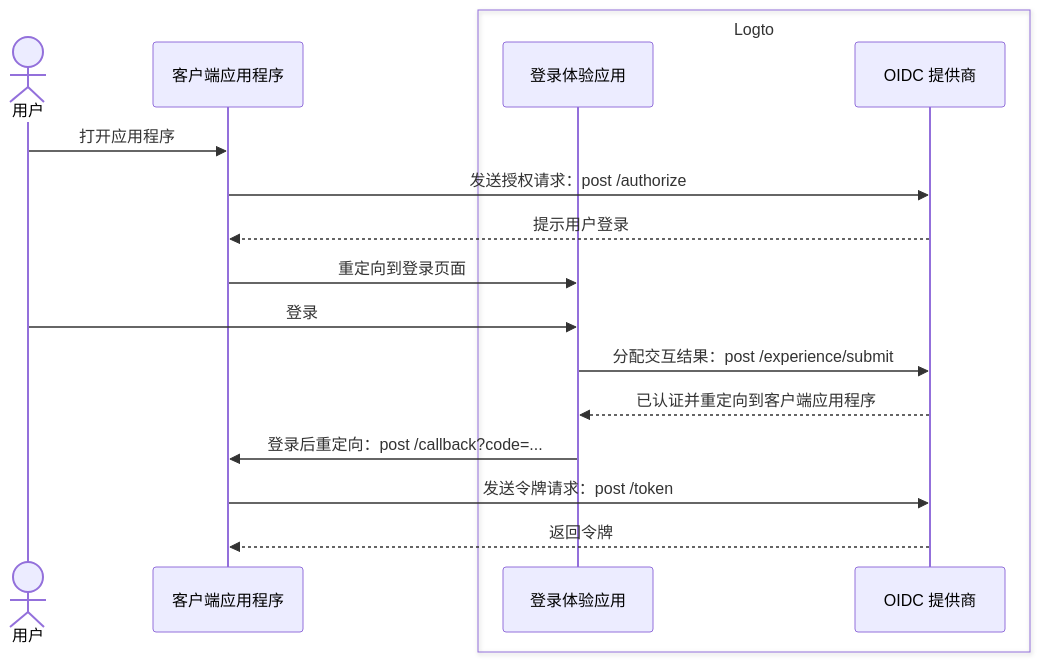
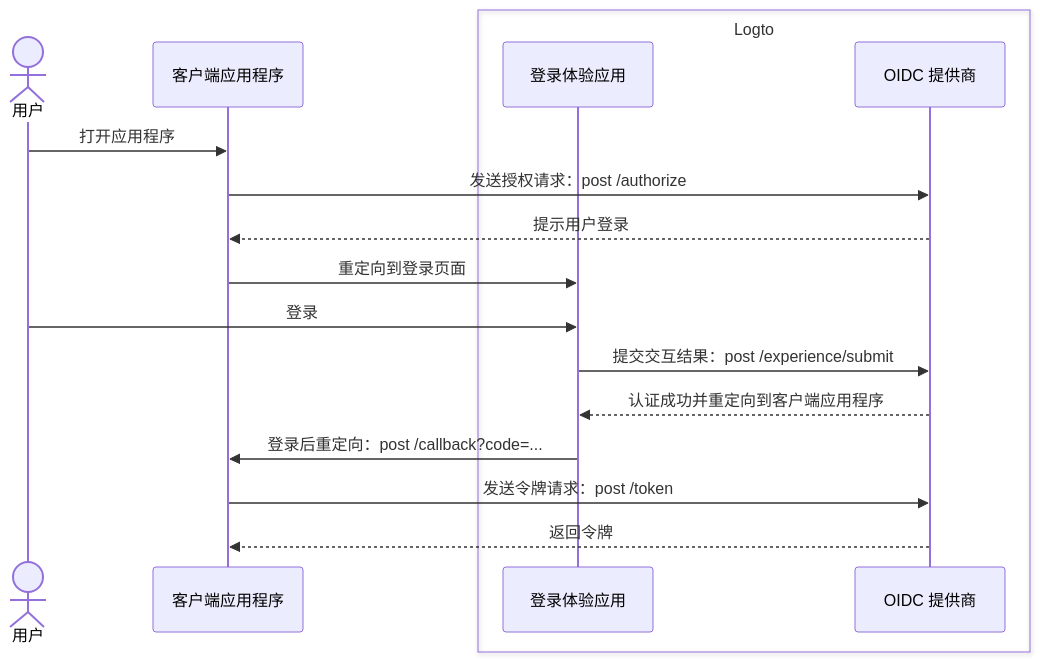
Before and after one commit to logto-io/docs: the first of 2 diagrams in i18n/zh-CN/docusaurus-plugin-content-docs/current/end-user-flows/sign-up-and-sign-in/README.mdx, drawn with Mermaid. The commit also changed other lines of this file and 234 other files, not shown here.

````diff
--- a/i18n/zh-CN/docusaurus-plugin-content-docs/current/end-user-flows/sign-up-and-sign-in/README.mdx
+++ b/i18n/zh-CN/docusaurus-plugin-content-docs/current/end-user-flows/sign-up-and-sign-in/README.mdx
@@ -13,21 +13,21 @@
 ```mermaid
 sequenceDiagram
   actor user as 用户
   participant client as 客户端应用程序
 
   box Logto
     participant experience as 登录体验应用
     participant oidc as OIDC 提供商
   end
 
   user ->> client: 打开应用程序
   client ->> oidc: 发送授权请求：post /authorize
   oidc -->> client: 提示用户登录
   client ->> experience: 重定向到登录页面
   user ->> experience: 登录
-  experience ->> oidc: 分配交互结果：post /experience/submit
-  oidc -->> experience: 已认证并重定向到客户端应用程序
+  experience ->> oidc: 提交交互结果：post /experience/submit
+  oidc -->> experience: 认证成功并重定向到客户端应用程序
   experience ->> client: 登录后重定向：post /callback?code=...
   client ->> oidc: 发送令牌请求：post /token
   oidc -->> client: 返回令牌
 ```
````
